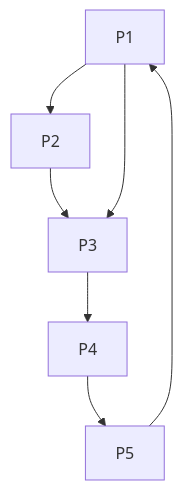
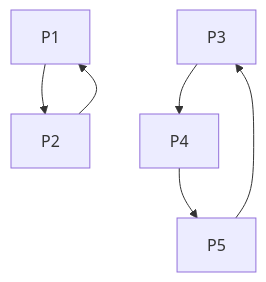
The fifth of 5 diagrams in src/content/post/operating_systems_note_11-zh.mdx (EmptyBlueBox/Blog), drawn with Mermaid before and after one commit. The commit also changed other lines of this file and 2 other files, not shown here.

````diff
--- a/src/content/post/operating_systems_note_11-zh.mdx
+++ b/src/content/post/operating_systems_note_11-zh.mdx
@@ -565,5 +565,5 @@
 ```mermaid
 graph TD
-    P1 --> P2 --> P3 --> P4 --> P5 --> P1
-    P1 --> P3
+    P1 --> P2 --> P1
+    P3 --> P4 --> P5 --> P3
 ```
````
